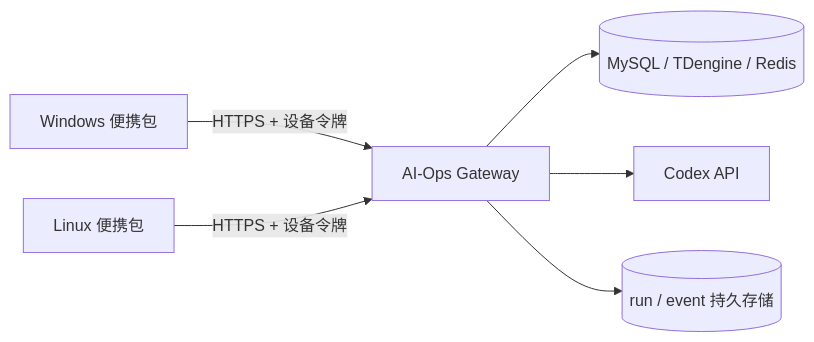
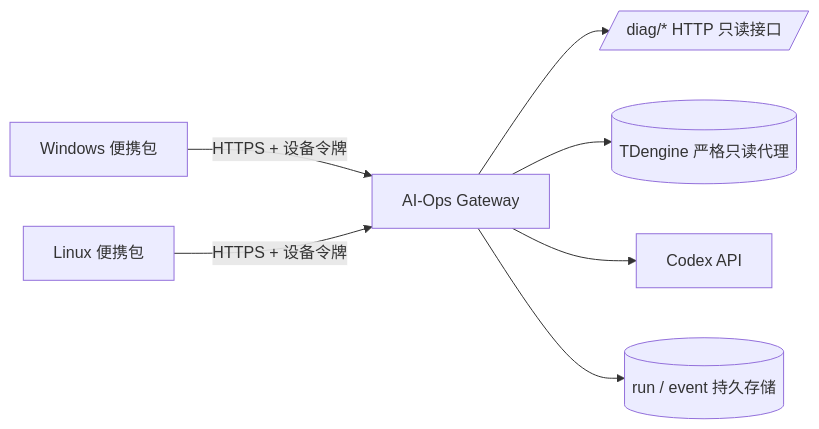
The diagram in docs/gateway.md (kilbertert/AI-Ops), drawn with Mermaid before and after one commit. The commit also changed other lines of this file and 12 other files, not shown here.

First line of the commit message:
feat(aiops): remove MySQL/Redis direct credentials in Phase 3a

````diff
--- a/docs/gateway.md
+++ b/docs/gateway.md
@@ -7,8 +7,9 @@
 ```mermaid
 flowchart LR
     W[Windows 便携包] -->|HTTPS + 设备令牌| G[AI-Ops Gateway]
     L[Linux 便携包] -->|HTTPS + 设备令牌| G
-    G --> DB[(MySQL / TDengine / Redis)]
+    G --> H[/diag/* HTTP 只读接口/]
+    G --> T[(TDengine 严格只读代理)]
     G --> C[Codex API]
     G --> S[(run / event 持久存储)]
 ```
````
